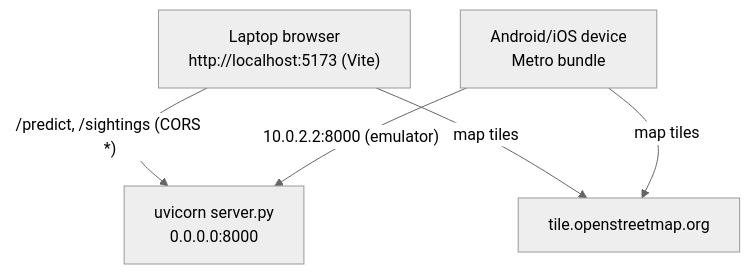
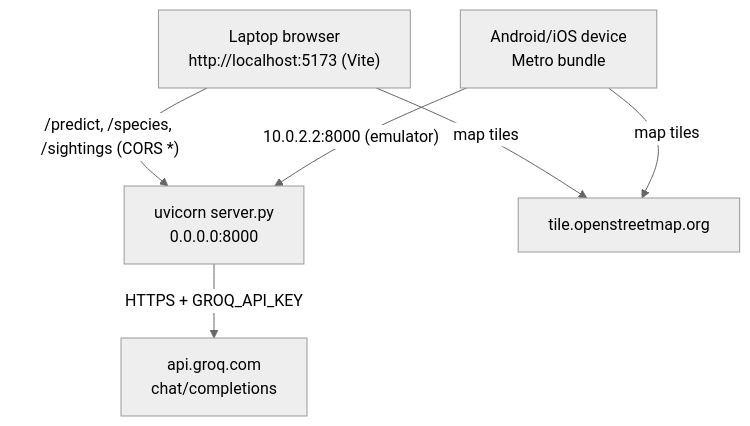
Before and after one commit to janhavinaidu/dl2-project: the second of 9 diagrams in docs/REPORT.md, drawn with Mermaid (neutral theme). The commit also changed other lines of this file and 16 other files, not shown here.

````diff
--- a/docs/REPORT.md
+++ b/docs/REPORT.md
@@ -151,12 +167,14 @@
 ```mermaid
 flowchart TB
   Browser["Laptop browser<br/>http://localhost:5173 (Vite)"]
   Phone["Android/iOS device<br/>Metro bundle"]
   Backend["uvicorn server.py<br/>0.0.0.0:8000"]
   OSM["tile.openstreetmap.org"]
+  GROQ["api.groq.com<br/>chat/completions"]
 
-  Browser -->|"/predict, /sightings (CORS *)"| Backend
+  Browser -->|"/predict, /species, /sightings (CORS *)"| Backend
   Browser -->|"map tiles"| OSM
   Phone -->|"10.0.2.2:8000 (emulator)"| Backend
   Phone -->|"map tiles"| OSM
+  Backend -->|"HTTPS + GROQ_API_KEY"| GROQ
 ```
````
